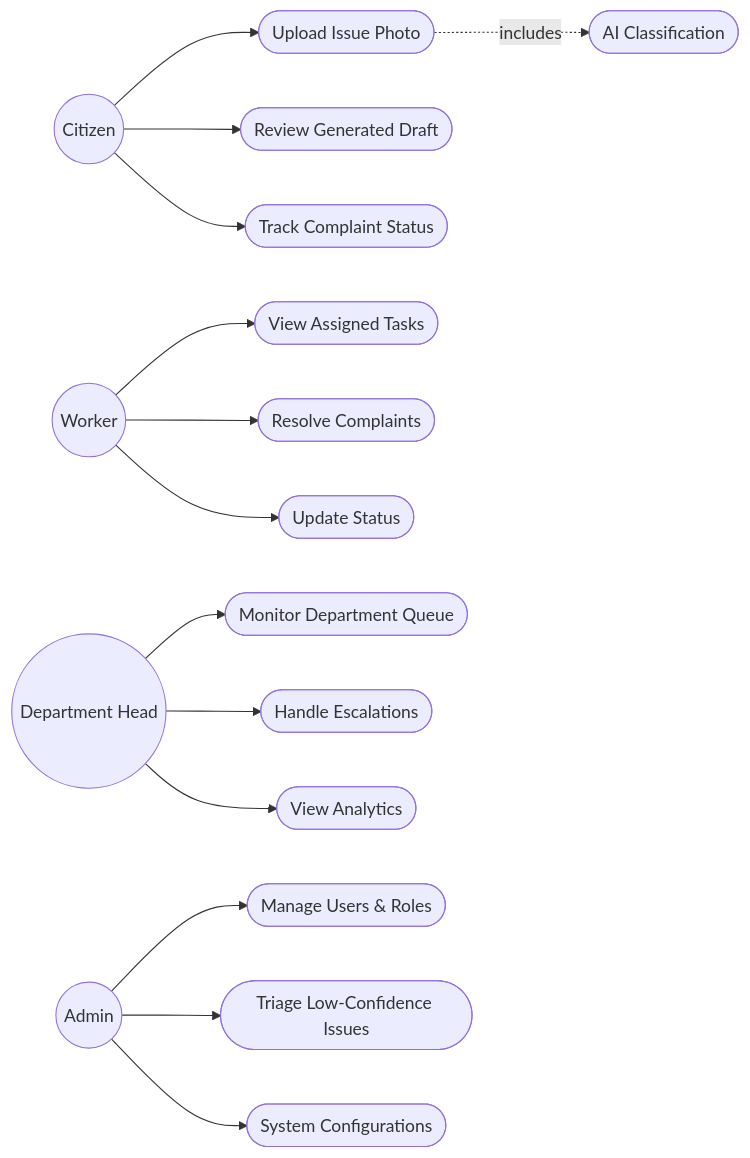
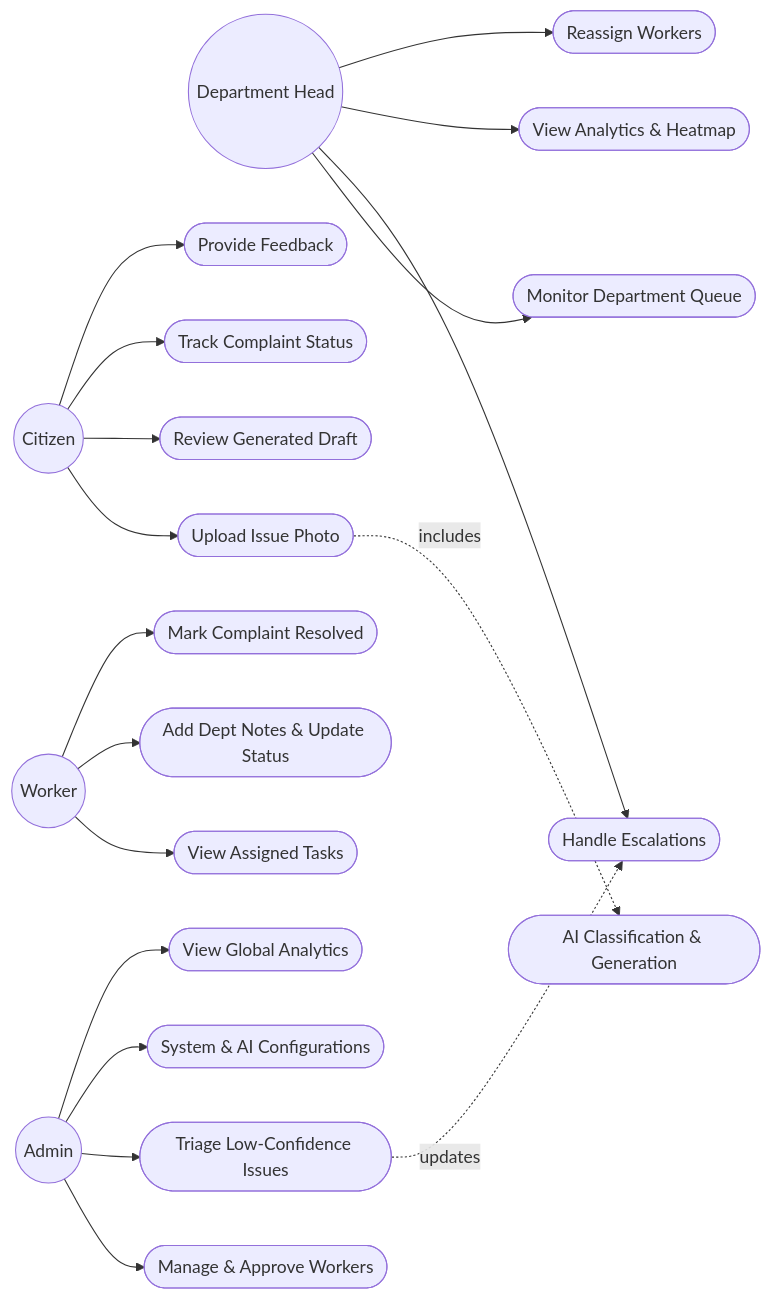
The third of 10 diagrams in docs/DIAGRAMS.md (ark5234/Jan-Sunwai-AI), drawn with Mermaid before and after one commit. The commit also changed other lines of this file, not shown here.

Commit message:
docs: add comprehensive system architecture and design diagrams documentation

````diff
--- a/docs/DIAGRAMS.md
+++ b/docs/DIAGRAMS.md
@@ -80,25 +102,29 @@
 ```mermaid
 flowchart LR
     Citizen((Citizen))
     Worker((Worker))
     DeptHead((Department Head))
     Admin((Admin))
     
     Citizen --> UC1([Upload Issue Photo])
     Citizen --> UC2([Review Generated Draft])
     Citizen --> UC3([Track Complaint Status])
+    Citizen --> UC14([Provide Feedback])
     
     Worker --> UC4([View Assigned Tasks])
-    Worker --> UC5([Resolve Complaints])
-    Worker --> UC6([Update Status])
+    Worker --> UC5([Add Dept Notes & Update Status])
+    Worker --> UC6([Mark Complaint Resolved])
     
     DeptHead --> UC7([Monitor Department Queue])
     DeptHead --> UC8([Handle Escalations])
-    DeptHead --> UC9([View Analytics])
+    DeptHead --> UC9([View Analytics & Heatmap])
+    DeptHead --> UC15([Reassign Workers])
     
-    Admin --> UC10([Manage Users & Roles])
+    Admin --> UC10([Manage & Approve Workers])
     Admin --> UC11([Triage Low-Confidence Issues])
-    Admin --> UC12([System Configurations])
+    Admin --> UC12([System & AI Configurations])
+    Admin --> UC16([View Global Analytics])
     
-    UC1 -.->|includes| UC13([AI Classification])
+    UC1 -.->|includes| UC13([AI Classification & Generation])
+    UC11 -.->|updates| UC8
 ```
````
